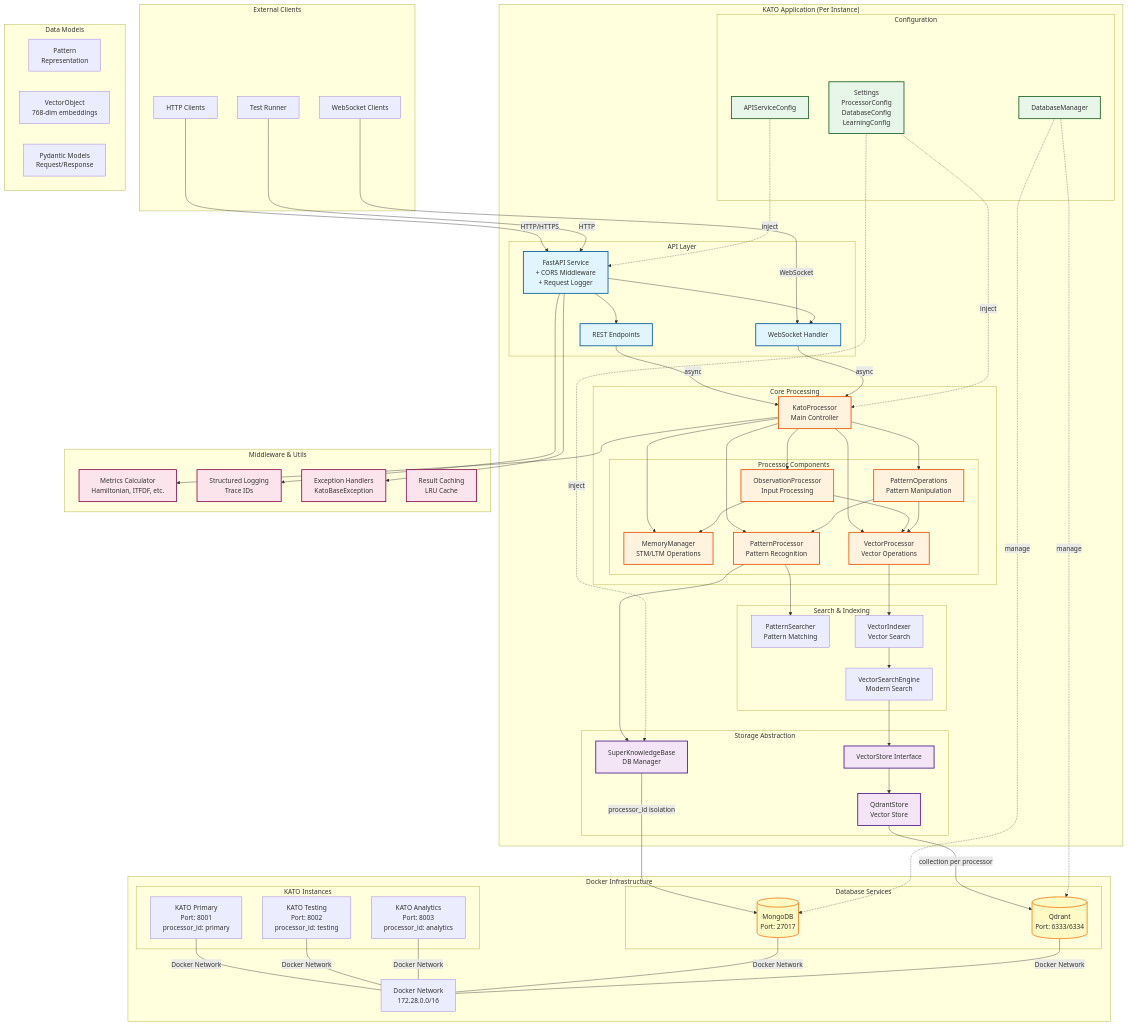
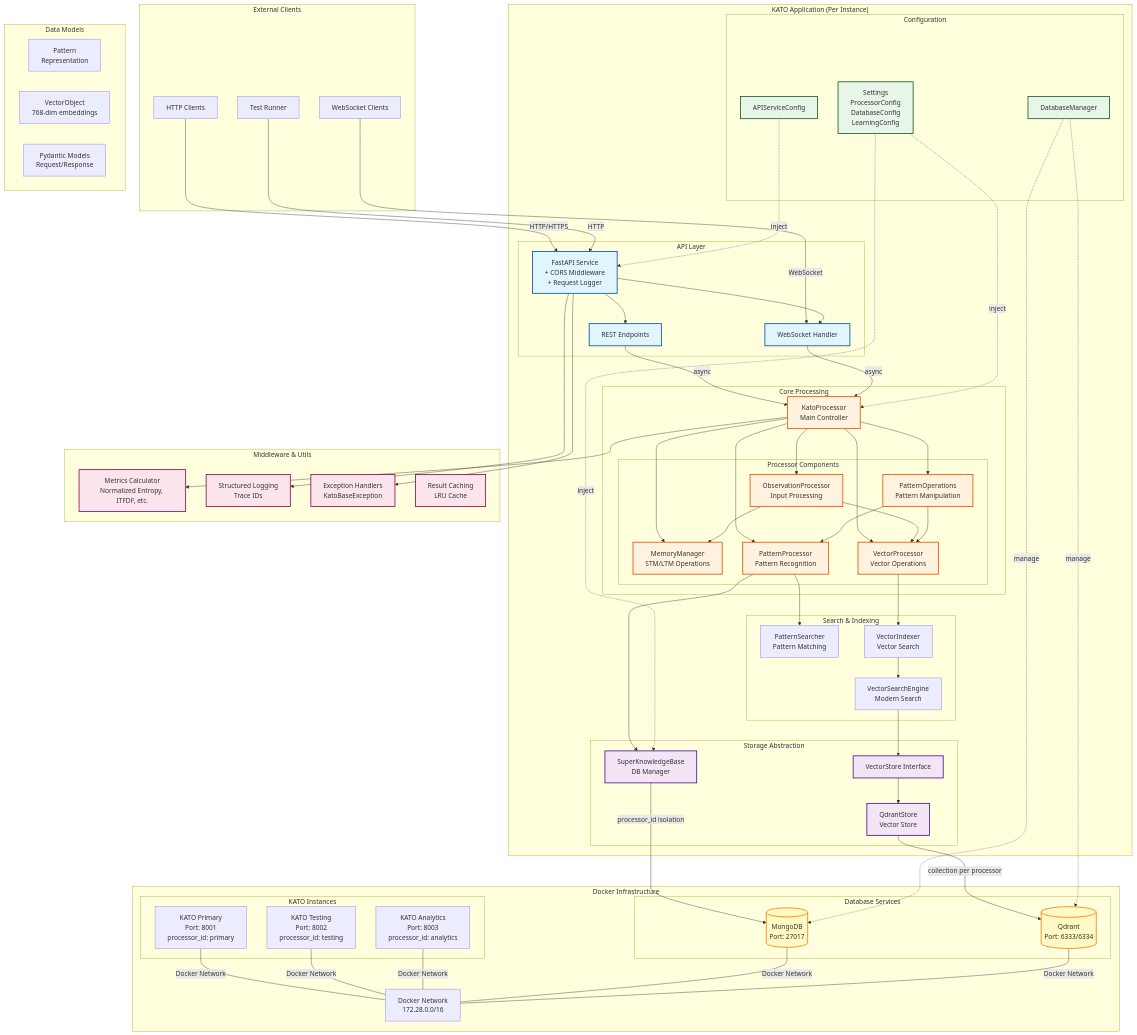
Before and after one commit to sevakavakians/kato: the diagram in ARCHITECTURE_DIAGRAM.md, drawn with Mermaid. The commit also changed other lines of this file and 21 other files, not shown here.

First line of the commit message:
refactor!: Replace 'hamiltonian' terminology with 'normalized entropy'

```diff
--- a/ARCHITECTURE_DIAGRAM.md
+++ b/ARCHITECTURE_DIAGRAM.md
@@ -76,7 +76,7 @@
 
     %% Middleware Components
     subgraph "Middleware & Utils"
-        METRICS[Metrics Calculator<br/>Hamiltonian, ITFDF, etc.]
+        METRICS[Metrics Calculator<br/>Normalized Entropy, ITFDF, etc.]
         LOGGING[Structured Logging<br/>Trace IDs]
         EXCEPTION[Exception Handlers<br/>KatoBaseException]
         CACHE[Result Caching<br/>LRU Cache]
```
